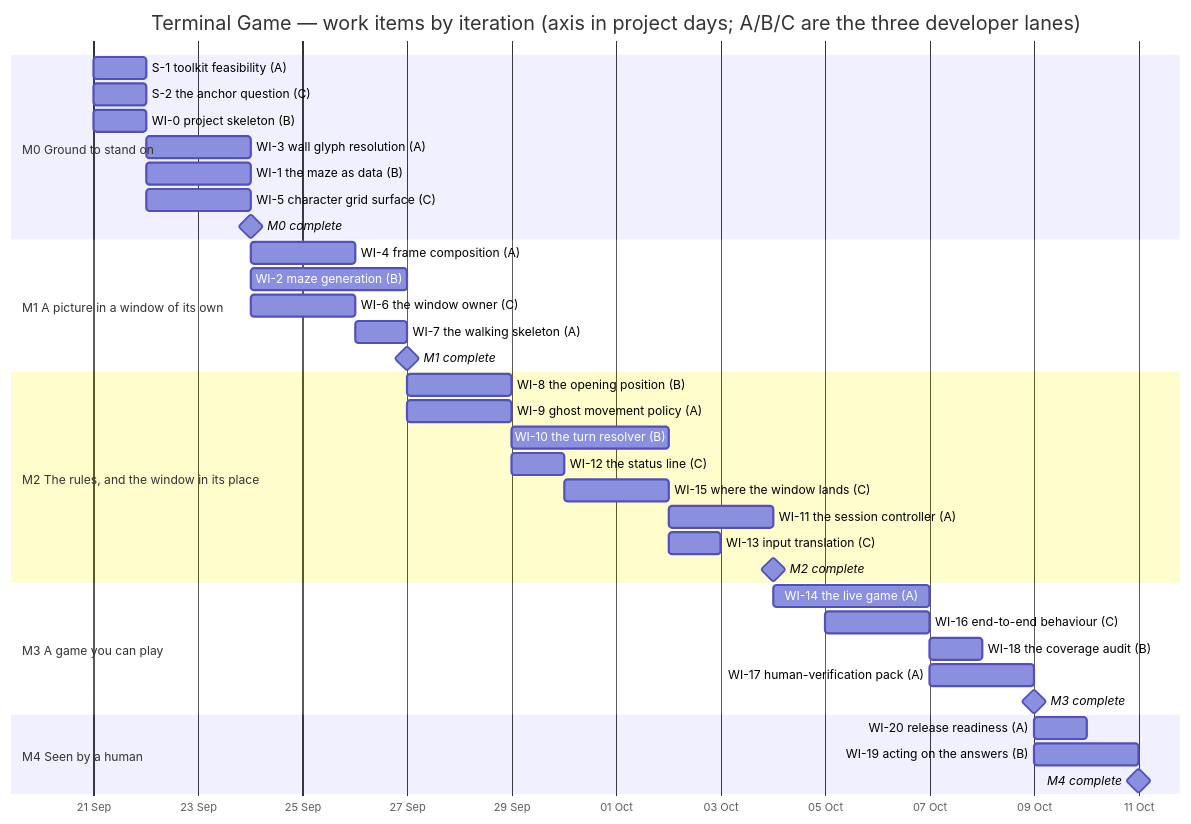
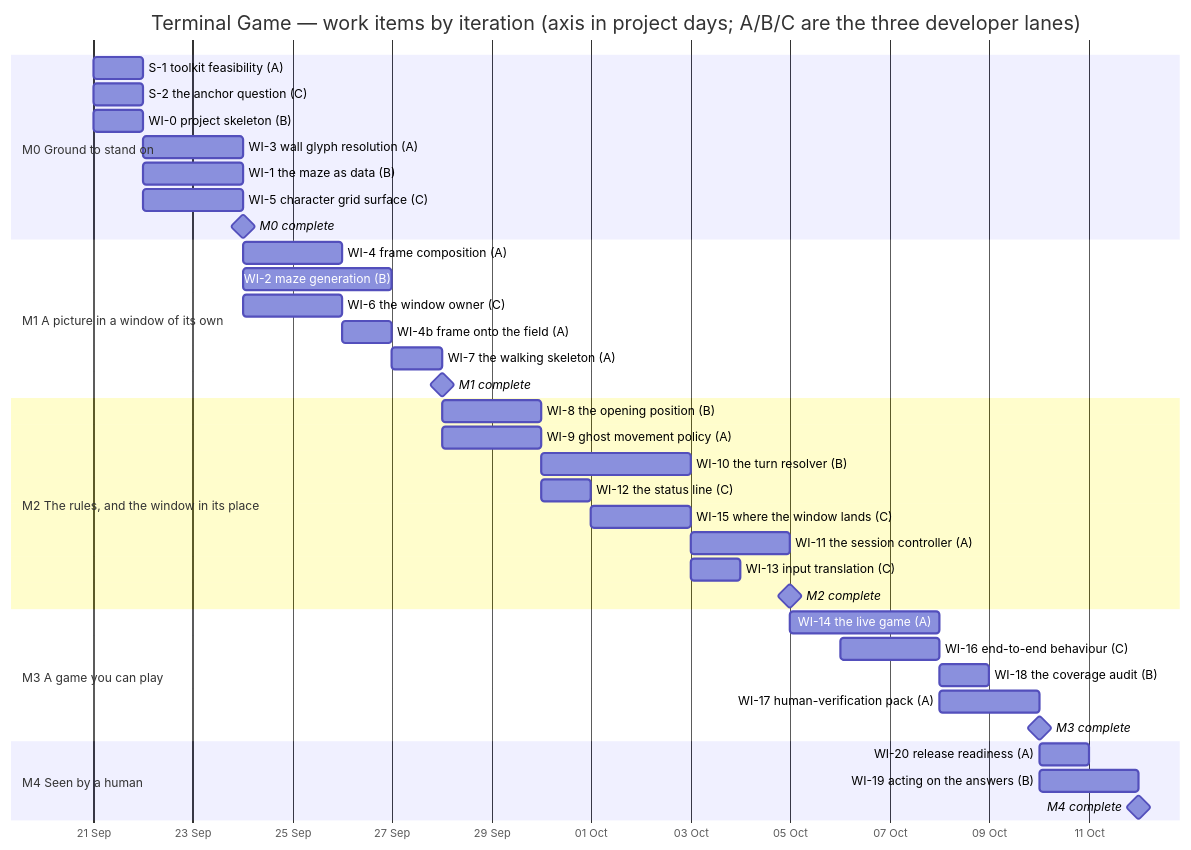
The first of 2 diagrams in docs/IMPLEMENTATION_PLAN.md (replicant1/NewTerminalGame), drawn with Mermaid before and after one commit. The commit also changed other lines of this file and 1 other file, not shown here.

````diff
--- a/docs/IMPLEMENTATION_PLAN.md
+++ b/docs/IMPLEMENTATION_PLAN.md
@@ -814,44 +837,45 @@
 ```mermaid
 gantt
   title Terminal Game — work items by iteration (axis in project days; A/B/C are the three developer lanes)
   dateFormat YYYY-MM-DD
   axisFormat %d %b
 
   section M0 Ground to stand on
   S-1  toolkit feasibility (A)      :s1,   2026-09-21, 1d
   S-2  the anchor question (C)      :s2,   2026-09-21, 1d
   WI-0 project skeleton (B)         :wi0,  2026-09-21, 1d
   WI-3 wall glyph resolution (A)    :wi3,  2026-09-22, 2d
   WI-1 the maze as data (B)         :wi1,  2026-09-22, 2d
   WI-5 character grid surface (C)   :wi5,  2026-09-22, 2d
   M0 complete                       :milestone, m0, 2026-09-24, 0d
 
   section M1 A picture in a window of its own
   WI-4 frame composition (A)        :wi4,  2026-09-24, 2d
   WI-2 maze generation (B)          :wi2,  2026-09-24, 3d
   WI-6 the window owner (C)         :wi6,  2026-09-24, 2d
-  WI-7 the walking skeleton (A)     :wi7,  2026-09-26, 1d
-  M1 complete                       :milestone, m1, 2026-09-27, 0d
+  WI-4b frame onto the field (A)    :wi4b, 2026-09-26, 1d
+  WI-7 the walking skeleton (A)     :wi7,  2026-09-27, 1d
+  M1 complete                       :milestone, m1, 2026-09-28, 0d
 
   section M2 The rules, and the window in its place
-  WI-8  the opening position (B)    :wi8,  2026-09-27, 2d
-  WI-9  ghost movement policy (A)   :wi9,  2026-09-27, 2d
-  WI-10 the turn resolver (B)       :wi10, 2026-09-29, 3d
-  WI-12 the status line (C)         :wi12, 2026-09-29, 1d
-  WI-15 where the window lands (C)  :wi15, 2026-09-30, 2d
-  WI-11 the session controller (A)  :wi11, 2026-10-02, 2d
-  WI-13 input translation (C)       :wi13, 2026-10-02, 1d
-  M2 complete                       :milestone, m2, 2026-10-04, 0d
+  WI-8  the opening position (B)    :wi8,  2026-09-28, 2d
+  WI-9  ghost movement policy (A)   :wi9,  2026-09-28, 2d
+  WI-10 the turn resolver (B)       :wi10, 2026-09-30, 3d
+  WI-12 the status line (C)         :wi12, 2026-09-30, 1d
+  WI-15 where the window lands (C)  :wi15, 2026-10-01, 2d
+  WI-11 the session controller (A)  :wi11, 2026-10-03, 2d
+  WI-13 input translation (C)       :wi13, 2026-10-03, 1d
+  M2 complete                       :milestone, m2, 2026-10-05, 0d
 
   section M3 A game you can play
-  WI-14 the live game (A)           :wi14, 2026-10-04, 3d
-  WI-16 end-to-end behaviour (C)    :wi16, 2026-10-05, 2d
-  WI-18 the coverage audit (B)      :wi18, 2026-10-07, 1d
-  WI-17 human-verification pack (A) :wi17, 2026-10-07, 2d
-  M3 complete                       :milestone, m3, 2026-10-09, 0d
+  WI-14 the live game (A)           :wi14, 2026-10-05, 3d
+  WI-16 end-to-end behaviour (C)    :wi16, 2026-10-06, 2d
+  WI-18 the coverage audit (B)      :wi18, 2026-10-08, 1d
+  WI-17 human-verification pack (A) :wi17, 2026-10-08, 2d
+  M3 complete                       :milestone, m3, 2026-10-10, 0d
 
   section M4 Seen by a human
-  WI-20 release readiness (A)       :wi20, 2026-10-09, 1d
-  WI-19 acting on the answers (B)   :wi19, 2026-10-09, 2d
-  M4 complete                       :milestone, m4, 2026-10-11, 0d
+  WI-20 release readiness (A)       :wi20, 2026-10-10, 1d
+  WI-19 acting on the answers (B)   :wi19, 2026-10-10, 2d
+  M4 complete                       :milestone, m4, 2026-10-12, 0d
 ```
````
